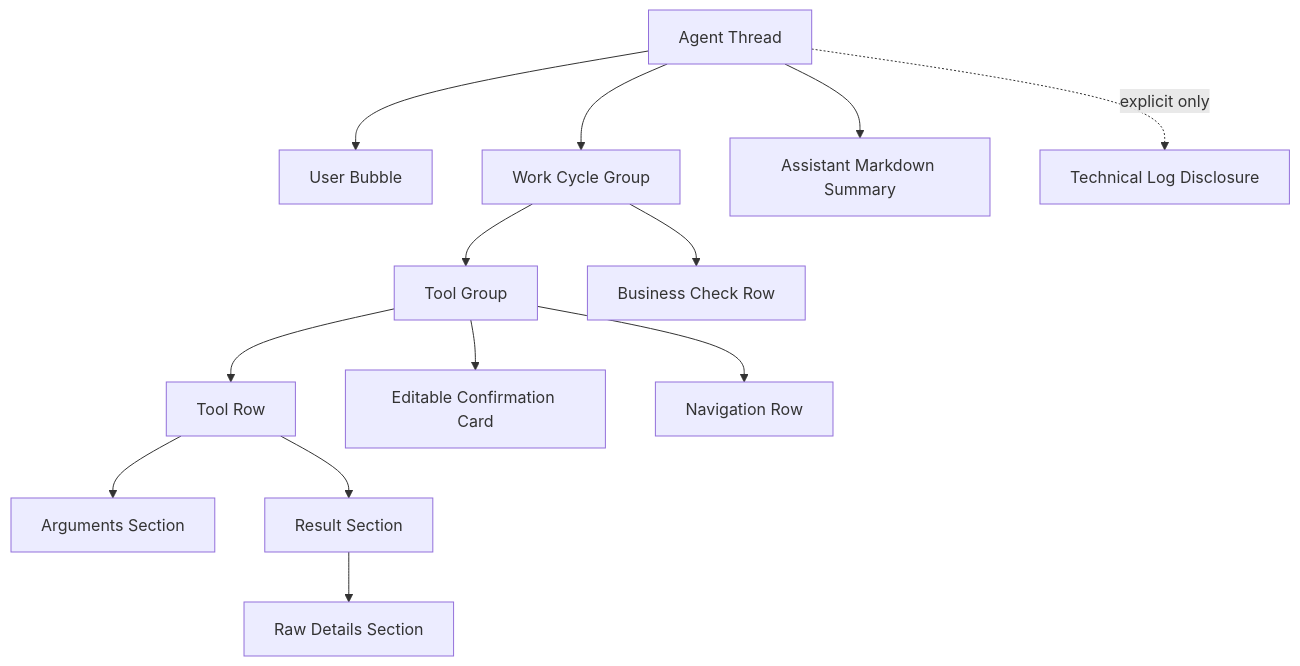
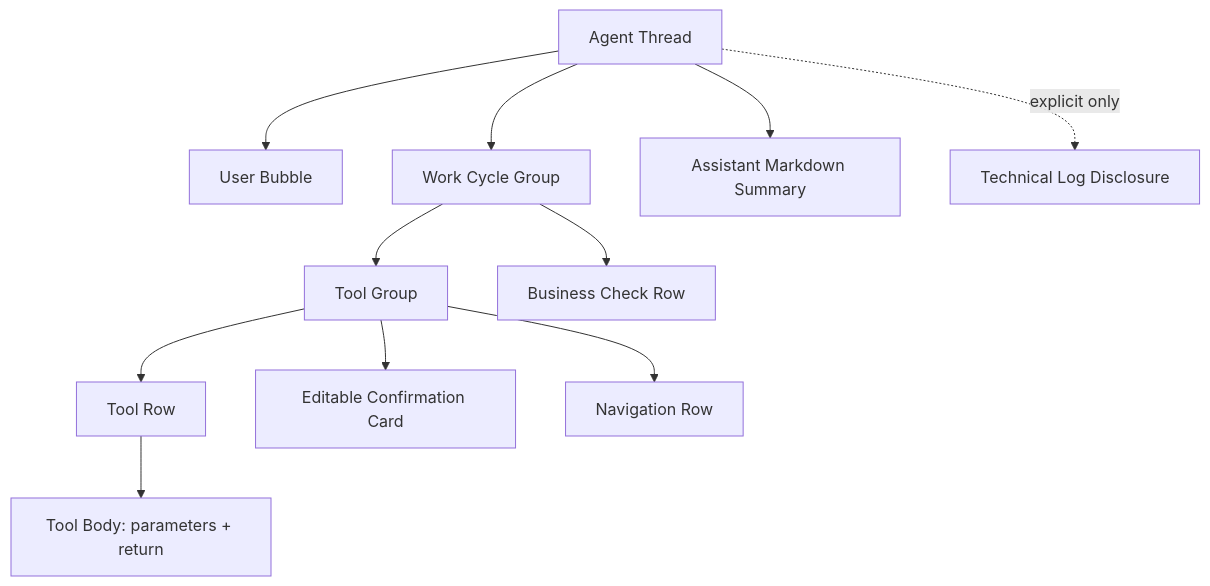
One commit to Suysker/xox-model changed the first of 2 diagrams in docs/adr/0011-layered-agent-transcript-disclosure.md. Above: the diagram before and after it, drawn with Mermaid. The commit also changed other lines of this file and 5 other files, not shown here.

Commit message:
Unify agent tool body display

````diff
--- a/docs/adr/0011-layered-agent-transcript-disclosure.md
+++ b/docs/adr/0011-layered-agent-transcript-disclosure.md
@@ -168,29 +164,25 @@
 ```mermaid
 flowchart TD
   Thread[Agent Thread]
   User[User Bubble]
   Work[Work Cycle Group]
   ToolGroup[Tool Group]
   ToolRow[Tool Row]
-  ToolArgs[Arguments Section]
-  ToolResult[Result Section]
-  Raw[Raw Details Section]
+  ToolBody[Tool Body: parameters + return]
   Confirm[Editable Confirmation Card]
   Nav[Navigation Row]
   Check[Business Check Row]
   Assistant[Assistant Markdown Summary]
   Tech[Technical Log Disclosure]
 
   Thread --> User
   Thread --> Work
   Work --> ToolGroup
   ToolGroup --> ToolRow
-  ToolRow --> ToolArgs
-  ToolRow --> ToolResult
-  ToolResult --> Raw
+  ToolRow --> ToolBody
   ToolGroup --> Nav
   ToolGroup --> Confirm
   Work --> Check
   Thread --> Assistant
   Thread -. explicit only .-> Tech
 ```
````
